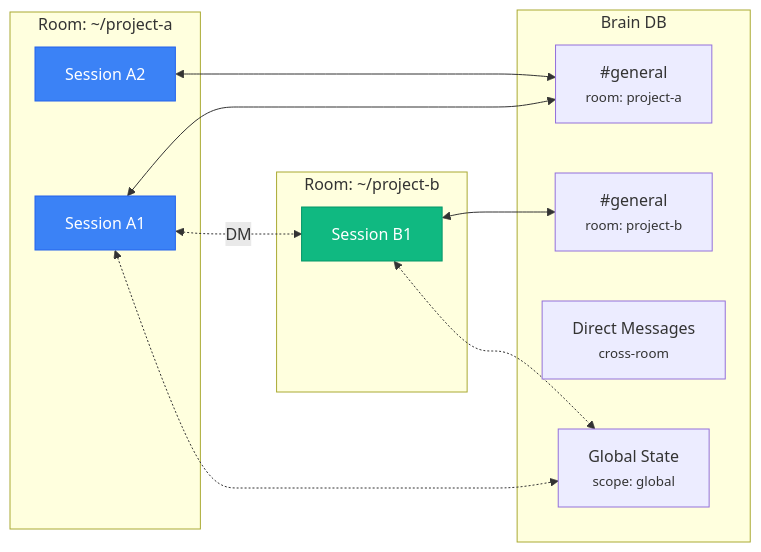
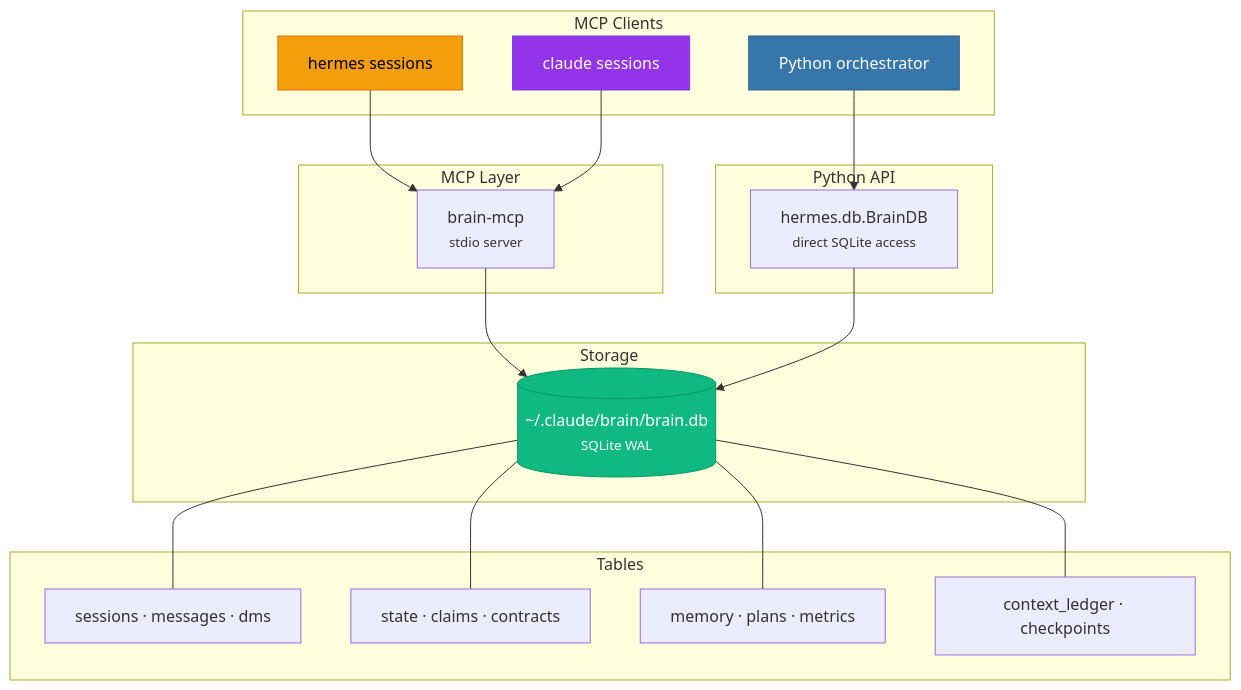
Before and after one commit to DevvGwardo/brain-mcp: the fourth of 8 diagrams in README.md, drawn with Mermaid. The commit also changed other lines of this file and 18 other files, not shown here.

First line of the commit message:
Pivot to Hermes-first orchestration — new Python conductor + README rewrite

````diff
--- a/README.md
+++ b/README.md
@@ -293,29 +402,43 @@
 ```mermaid
-graph LR
-    subgraph "Room: ~/project-a"
-        A1["Session A1"]
-        A2["Session A2"]
+graph TB
+    subgraph "MCP Clients"
+        HA["hermes sessions"]
+        CC["claude sessions"]
+        PY["Python orchestrator"]
     end
 
-    subgraph "Room: ~/project-b"
-        B1["Session B1"]
+    subgraph "MCP Layer"
+        M1["brain-mcp<br/><small>stdio server</small>"]
     end
 
-    subgraph "Brain DB"
-        CH_A["#general<br/><small>room: project-a</small>"]
-        CH_B["#general<br/><small>room: project-b</small>"]
-        DM["Direct Messages<br/><small>cross-room</small>"]
-        GS["Global State<br/><small>scope: global</small>"]
+    subgraph "Python API"
+        PYDB["hermes.db.BrainDB<br/><small>direct SQLite access</small>"]
     end
 
-    A1 <--> CH_A
-    A2 <--> CH_A
-    B1 <--> CH_B
-    A1 <-.->|DM| B1
-    A1 <-.-> GS
-    B1 <-.-> GS
+    subgraph "Storage"
+        DB[("~/.claude/brain/brain.db<br/><small>SQLite WAL</small>")]
+    end
 
-    style A1 fill:#3B82F6,stroke:#2563EB,color:#fff
-    style A2 fill:#3B82F6,stroke:#2563EB,color:#fff
-    style B1 fill:#10B981,stroke:#059669,color:#fff
+    HA --> M1
+    CC --> M1
+    PY --> PYDB
+    M1 --> DB
+    PYDB --> DB
+
+    subgraph "Tables"
+        T1["sessions · messages · dms"]
+        T2["state · claims · contracts"]
+        T3["memory · plans · metrics"]
+        T4["context_ledger · checkpoints"]
+    end
+
+    DB --- T1
+    DB --- T2
+    DB --- T3
+    DB --- T4
+
+    style HA fill:#F59E0B,stroke:#D97706,color:#000
+    style CC fill:#9333EA,stroke:#7C3AED,color:#fff
+    style PY fill:#3776AB,stroke:#2C5F8D,color:#fff
+    style DB fill:#10B981,stroke:#059669,color:#fff
 ```
````
